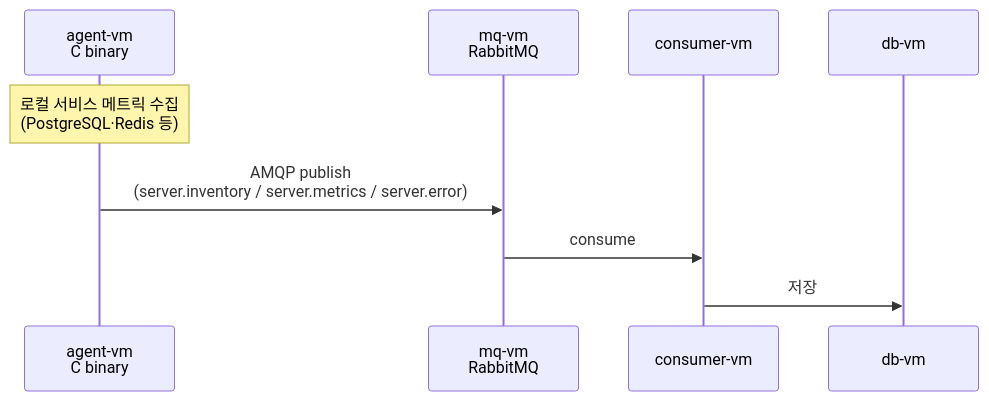
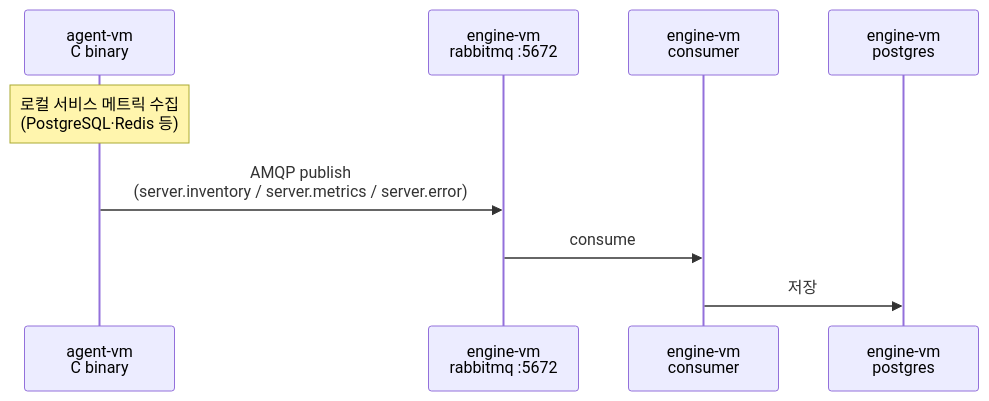
One commit to z-converter-assessment/assessment-infra changed the second of 3 diagrams in docs/architecture/runtime.md. Above: the diagram before and after it, drawn with Mermaid. The commit also changed other lines of this file and 4 other files, not shown here.

First line of the commit message:
docs: 단일 VM+compose 전환을 architecture·CLAUDE.md에 반영 (ADR-0010)

````diff
--- a/docs/architecture/runtime.md
+++ b/docs/architecture/runtime.md
@@ -30,12 +32,12 @@
 ```mermaid
 sequenceDiagram
   participant Agent as agent-vm<br/>C binary
-  participant MQ as mq-vm<br/>RabbitMQ
-  participant Worker as consumer-vm
-  participant DB as db-vm
+  participant MQ as engine-vm<br/>rabbitmq :5672
+  participant Worker as engine-vm<br/>consumer
+  participant DB as engine-vm<br/>postgres
 
   Note over Agent: 로컬 서비스 메트릭 수집<br/>(PostgreSQL·Redis 등)
   Agent->>MQ: AMQP publish<br/>(server.inventory / server.metrics / server.error)
   MQ->>Worker: consume
   Worker->>DB: 저장
 ```
````
